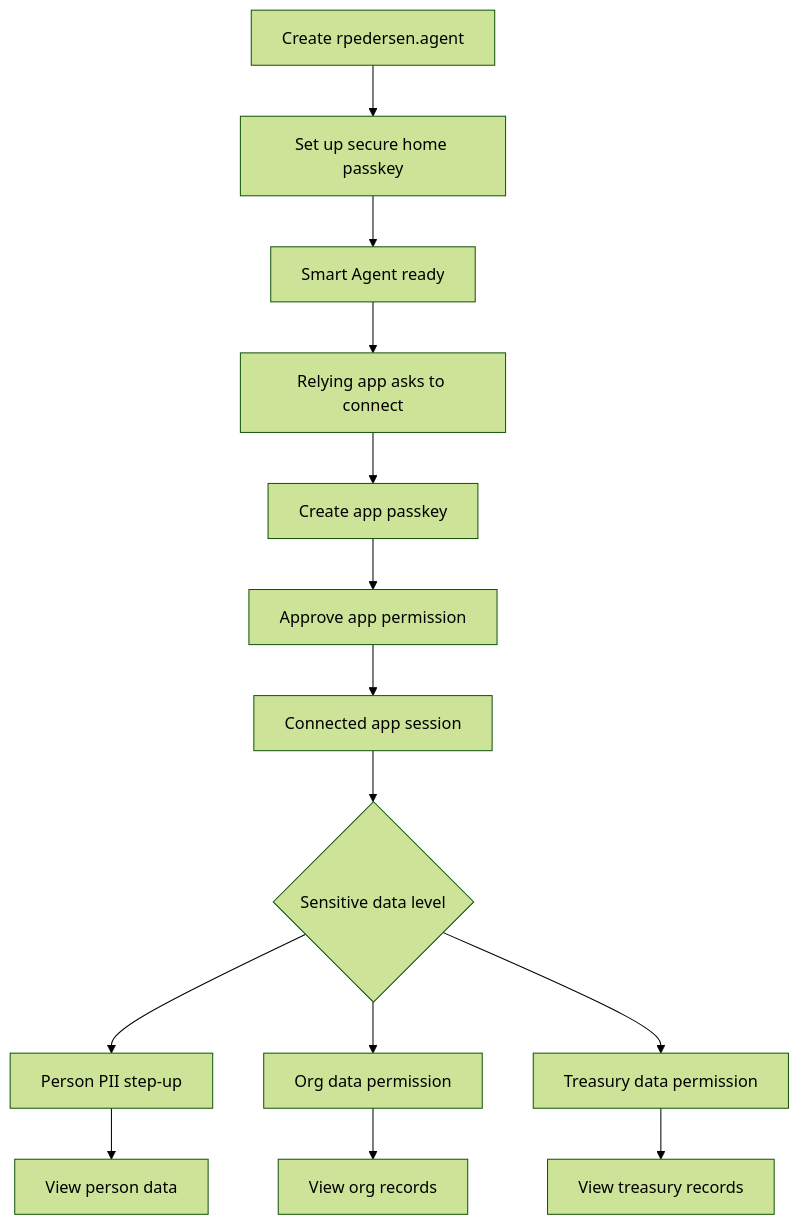
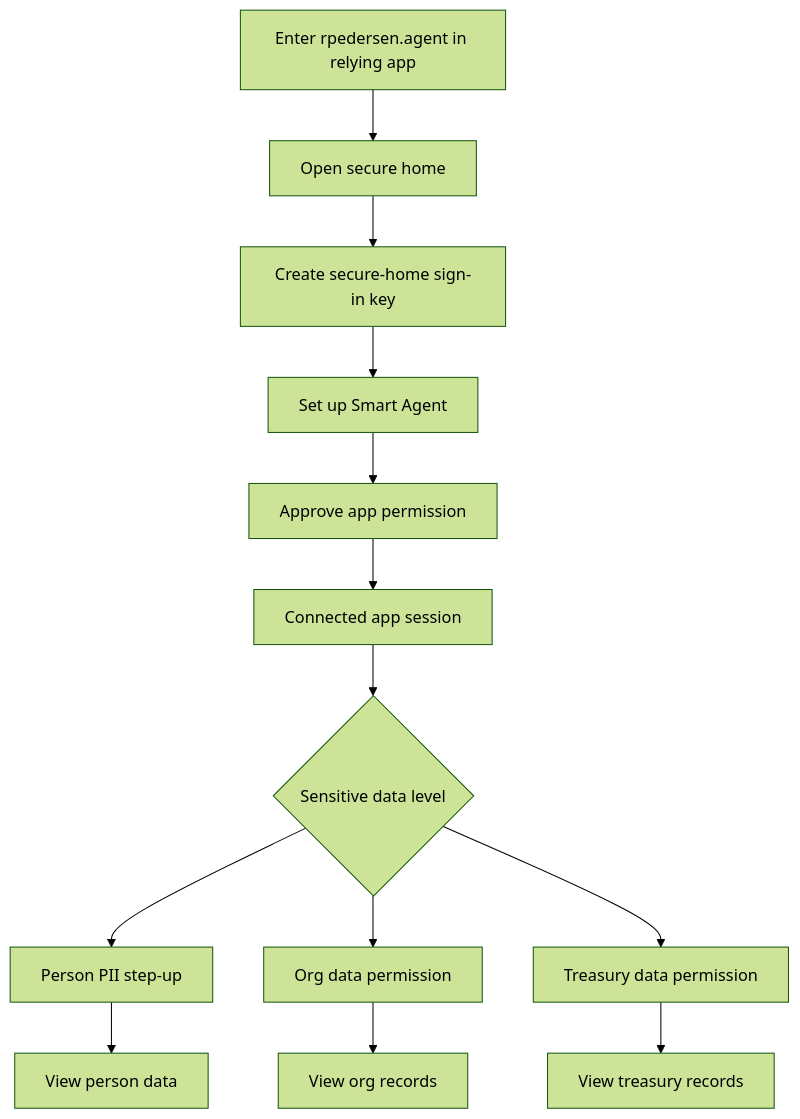
Before and after one commit to rpedersen3/agenticprimitives-6-17-26: the diagram in docs/UX/agentic-connect-mobile-flows.md, drawn with Mermaid (forest theme). The commit also changed other lines of this file and 3 other files, not shown here.

First line of the commit message:
feat(ux): clearer handoff + return copy; "✓ connected" receipt before sign-in

````diff
--- a/docs/UX/agentic-connect-mobile-flows.md
+++ b/docs/UX/agentic-connect-mobile-flows.md
@@ -546,16 +562,15 @@
 ```mermaid
 flowchart TD
-  A[Create rpedersen.agent] --> B[Set up secure home passkey]
-  B --> C[Smart Agent ready]
-  C --> D[Relying app asks to connect]
-  D --> E[Create app passkey]
-  E --> F[Approve app permission]
-  F --> G[Connected app session]
+  A[Enter rpedersen.agent in relying app] --> B[Open secure home]
+  B --> C[Create secure-home sign-in key]
+  C --> D[Set up Smart Agent]
+  D --> E[Approve app permission]
+  E --> G[Connected app session]
   G --> H{Sensitive data level}
   H --> I[Person PII step-up]
   H --> J[Org data permission]
   H --> K[Treasury data permission]
   I --> L[View person data]
   J --> M[View org records]
   K --> N[View treasury records]
 ```
````
